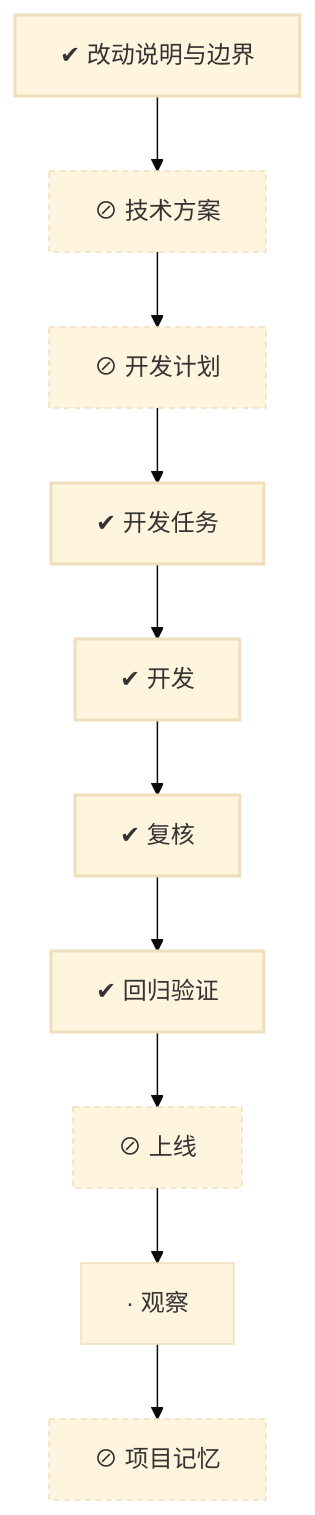
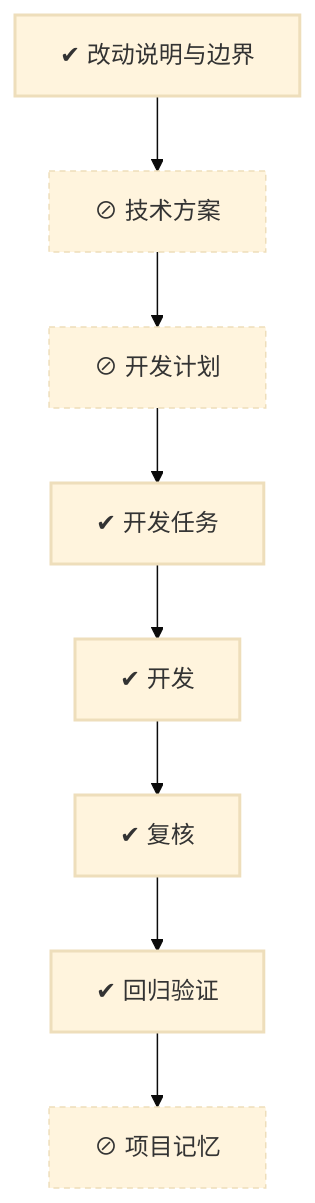
One commit to charon2121/cherry-oj changed the diagram in development/works/WORK-011/00-work.md. Above: the diagram before and after it, drawn with Mermaid (base theme). The commit also changed other lines of this file and 85 other files, not shown here.

````diff
--- a/development/works/WORK-011/00-work.md
+++ b/development/works/WORK-011/00-work.md
@@ -39,20 +39,18 @@
 ```mermaid
 flowchart TD
     definition["✔ 改动说明与边界"]
     design["⊘ 技术方案"]
     plan["⊘ 开发计划"]
     tasks["✔ 开发任务"]
     development["✔ 开发"]
     review["✔ 复核"]
     verification["✔ 回归验证"]
-    release["⊘ 上线"]
-    observe["· 观察"]
     memory["⊘ 项目记忆"]
-    definition --> design --> plan --> tasks --> development --> review --> verification --> release --> observe --> memory
+    definition --> design --> plan --> tasks --> development --> review --> verification --> memory
     classDef done stroke-width:2px
     classDef doing stroke-width:3px
     classDef skipped stroke-dasharray:4 3
     classDef blocked stroke-width:3px,stroke-dasharray:2 2
     class definition,tasks,development,review,verification done
-    class design,plan,release,memory skipped
+    class design,plan,memory skipped
 ```
````
